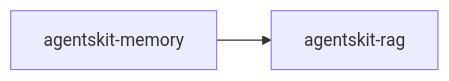
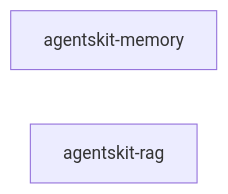
One commit to AgentsKit-io/agentskit changed the diagram in .brain/repos/agentskit/grupos/Memória e RAG/00 Grupo - agentskit - Memória e RAG.md. Above: the diagram before and after it, drawn with Mermaid. The commit also changed other lines of this file and 60 other files, not shown here.

````diff
--- a/.brain/repos/agentskit/grupos/Memória e RAG/00 Grupo - agentskit - Memória e RAG.md
+++ b/.brain/repos/agentskit/grupos/Memória e RAG/00 Grupo - agentskit - Memória e RAG.md
@@ -27,5 +27,5 @@
 ```mermaid
 flowchart LR
-  memory[agentskit-memory] --> rag
+  memory[agentskit-memory]
   rag[agentskit-rag]
 ```
````
